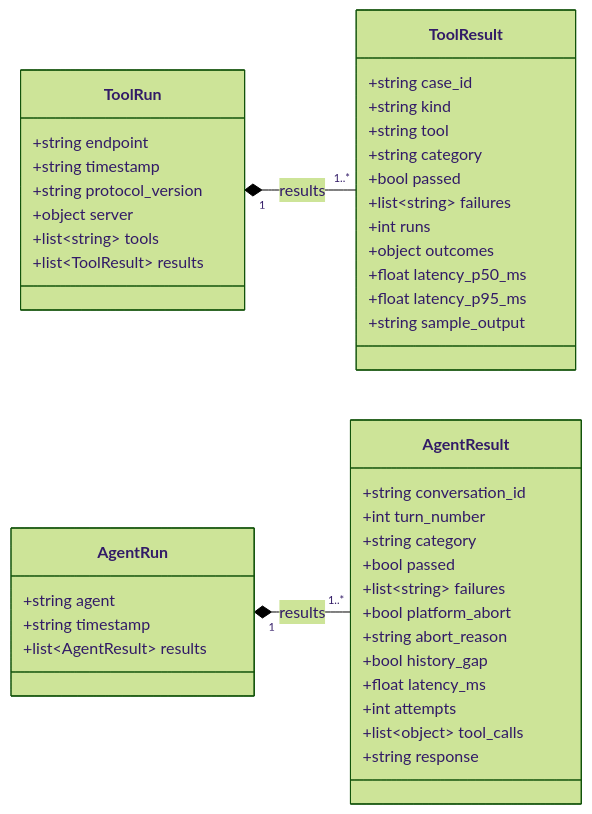
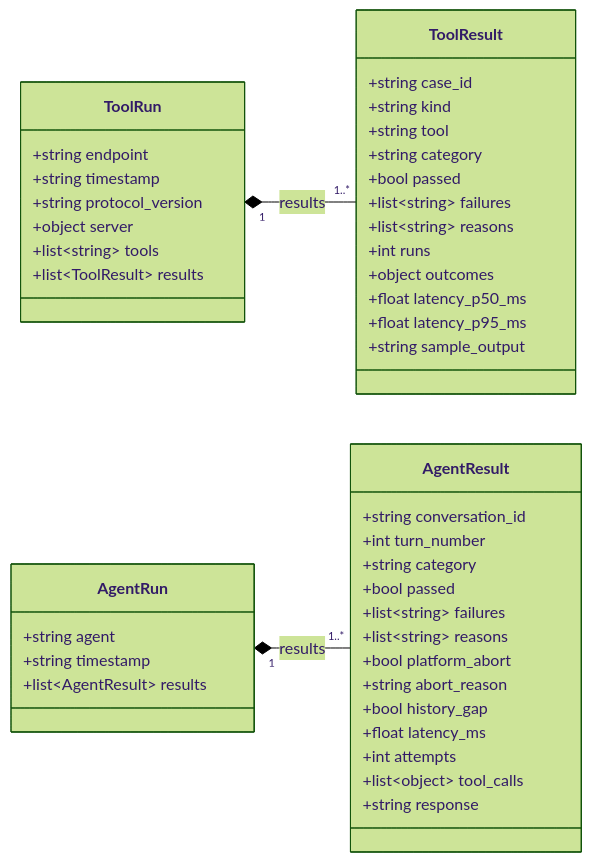
One commit to bradrlaw/foundryToolboxEval changed the fifth of 17 diagrams in docs/architecture.md. Above: the diagram before and after it, drawn with Mermaid (forest theme). The commit also changed other lines of this file and 14 other files, not shown here.

````diff
--- a/docs/architecture.md
+++ b/docs/architecture.md
@@ -231,46 +235,48 @@
 ```mermaid
 classDiagram
     direction LR
     class ToolRun {
         +string endpoint
         +string timestamp
         +string protocol_version
         +object server
         +list~string~ tools
         +list~ToolResult~ results
     }
     class ToolResult {
         +string case_id
         +string kind
         +string tool
         +string category
         +bool passed
         +list~string~ failures
+        +list~string~ reasons
         +int runs
         +object outcomes
         +float latency_p50_ms
         +float latency_p95_ms
         +string sample_output
     }
     class AgentRun {
         +string agent
         +string timestamp
         +list~AgentResult~ results
     }
     class AgentResult {
         +string conversation_id
         +int turn_number
         +string category
         +bool passed
         +list~string~ failures
+        +list~string~ reasons
         +bool platform_abort
         +string abort_reason
         +bool history_gap
         +float latency_ms
         +int attempts
         +list~object~ tool_calls
         +string response
     }
     ToolRun "1" *-- "1..*" ToolResult : results
     AgentRun "1" *-- "1..*" AgentResult : results
 ```
````
